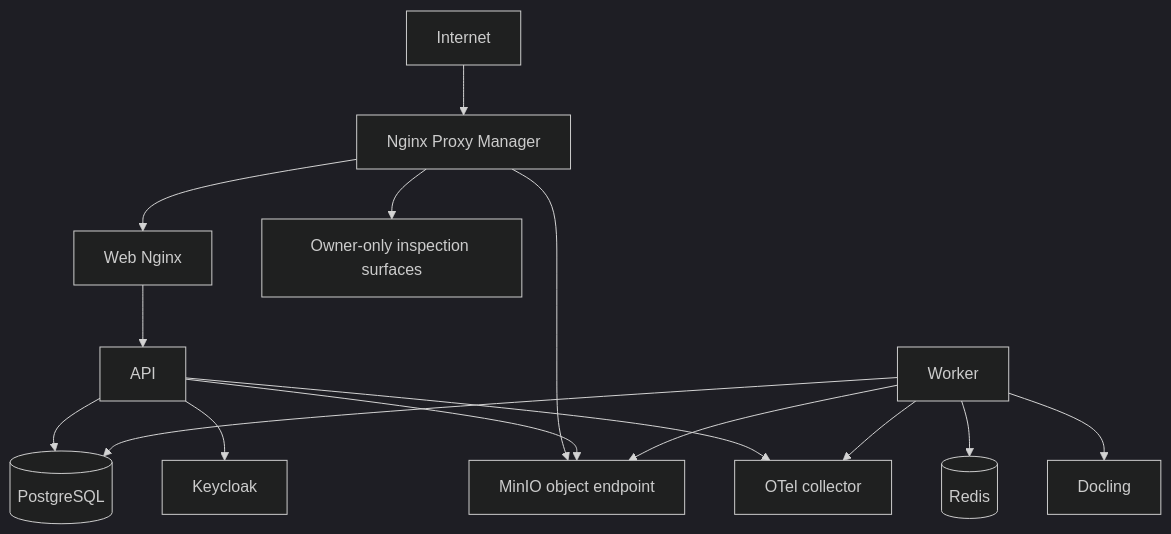
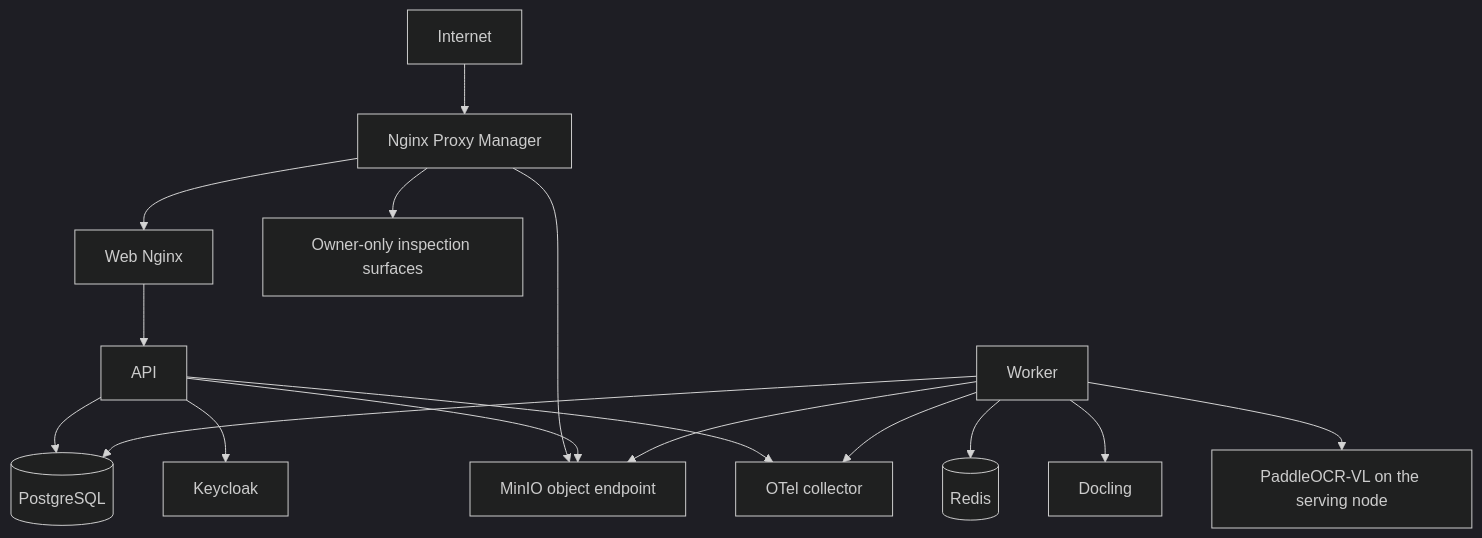
Before and after one commit to kl3inIT/MemoryOS: the sixth of 6 diagrams in ARCHITECTURE.md, drawn with Mermaid (dark theme). The commit also changed other lines of this file and 61 other files, not shown here.

First line of the commit message:
feat(extraction): read scans with PaddleOCR-VL into one MemoryOS Document

````diff
--- a/ARCHITECTURE.md
+++ b/ARCHITECTURE.md
@@ -265,17 +269,18 @@
 ```mermaid
 flowchart TB
     INTERNET[Internet] --> NPM[Nginx Proxy Manager]
     NPM --> WEB[Web Nginx]
     NPM --> MINIO[MinIO object endpoint]
     NPM --> INSPECT[Owner-only inspection surfaces]
     WEB --> API
     API --> PG[(PostgreSQL)]
     API --> KC[Keycloak]
     API --> MINIO
     WORKER[Worker] --> PG
     WORKER --> REDIS[(Redis)]
     WORKER --> MINIO
     WORKER --> DOCLING[Docling]
+    WORKER --> PADDLE[PaddleOCR-VL on the serving node]
     API --> OTEL[OTel collector]
     WORKER --> OTEL
 ```
````
